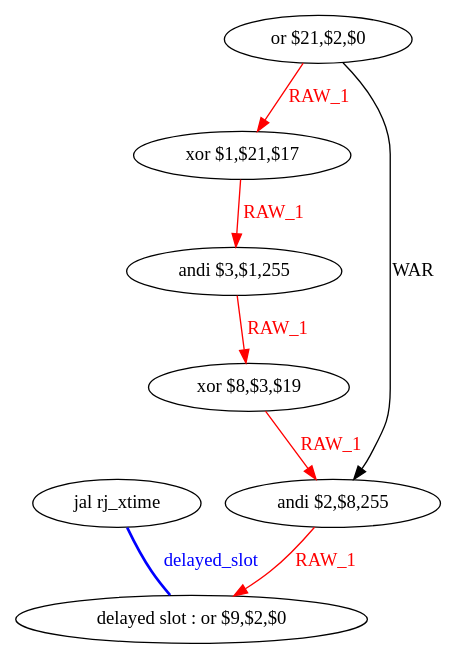
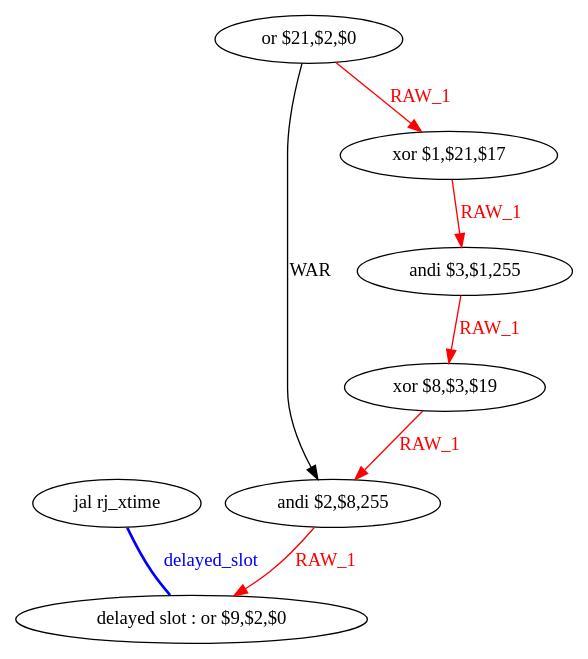
Before and after one commit to lisuxue/CA: the diagram in CoursCA/CodeEtudiant2019/CodeEtudiant/tmp/aes_O0_func_8_dfg_bb2_renamed.dot, drawn with Graphviz. The commit also changed other lines of this file and 169 other files, not shown here.

```diff
--- a/CoursCA/CodeEtudiant2019/CodeEtudiant/tmp/aes_O0_func_8_dfg_bb2_renamed.dot
+++ b/CoursCA/CodeEtudiant2019/CodeEtudiant/tmp/aes_O0_func_8_dfg_bb2_renamed.dot
@@ -1,17 +1,17 @@
 digraph G1 {
 node [shape = ellipse];
 i6 [label = " delayed slot : or $9,$2,$0"] ;
 i5 ->  i6 [style = bold, dir= none, fontcolor = blue, color = blue, label= "delayed_slot"];
 i5 [label = "jal rj_xtime"] ;
 i0 [label = "or $21,$2,$0"] ;
+i0 ->  i4 [label= "WAR"];
 i0 ->  i1 [color = red, fontcolor = red, label= "RAW_1"];
-i0 ->  i4 [label= "WAR"];
+i4 [label = "andi $2,$8,255"] ;
+i4 ->  i6 [color = red, fontcolor = red, label= "RAW_1"];
 i1 [label = "xor $1,$21,$17"] ;
 i1 ->  i2 [color = red, fontcolor = red, label= "RAW_1"];
 i2 [label = "andi $3,$1,255"] ;
 i2 ->  i3 [color = red, fontcolor = red, label= "RAW_1"];
 i3 [label = "xor $8,$3,$19"] ;
 i3 ->  i4 [color = red, fontcolor = red, label= "RAW_1"];
-i4 [label = "andi $2,$8,255"] ;
-i4 ->  i6 [color = red, fontcolor = red, label= "RAW_1"];
 }
```
